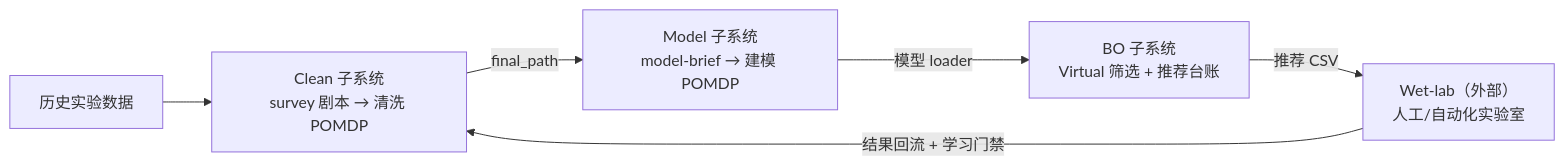
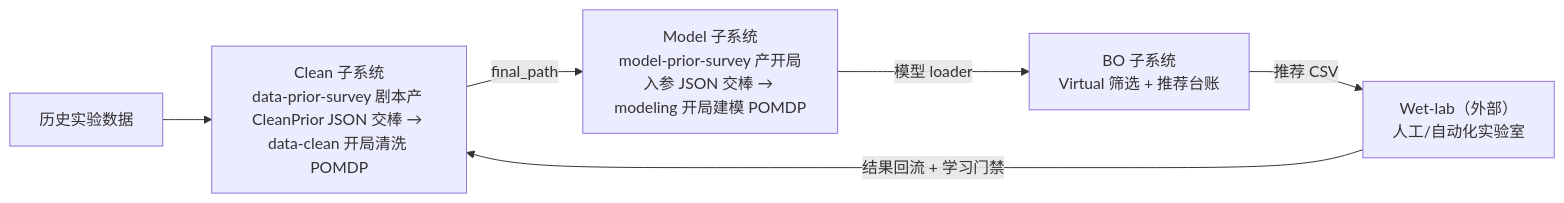
Before and after one commit to ifoodsci-ai/mflowy: the first of 2 diagrams in README.md, drawn with Mermaid. The commit also changed other lines of this file and 19 other files, not shown here.

````diff
--- a/README.md
+++ b/README.md
@@ -9,8 +9,8 @@
 ```mermaid
 flowchart LR
-    D["历史实验数据"] --> S["Clean 子系统<br/>survey 剧本 → 清洗 POMDP"]
-    S -->|final_path| M["Model 子系统<br/>model-brief → 建模 POMDP"]
+    D["历史实验数据"] --> S["Clean 子系统<br/>data-prior-survey 剧本产 CleanPrior JSON 交棒 → data-clean 开局清洗 POMDP"]
+    S -->|final_path| M["Model 子系统<br/>model-prior-survey 产开局入参 JSON 交棒 → modeling 开局建模 POMDP"]
     M -->|模型 loader| B["BO 子系统<br/>Virtual 筛选 + 推荐台账"]
     B -->|推荐 CSV| W["Wet-lab（外部）<br/>人工/自动化实验室"]
     W -->|结果回流 + 学习门禁| S
 ```
````
